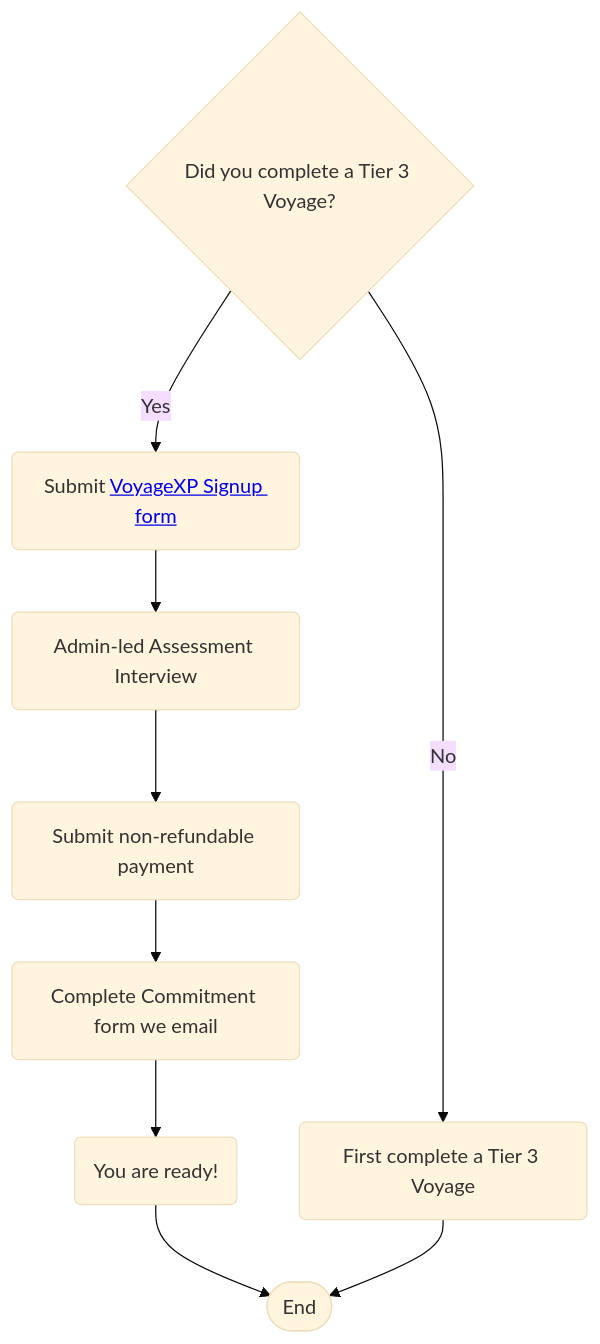
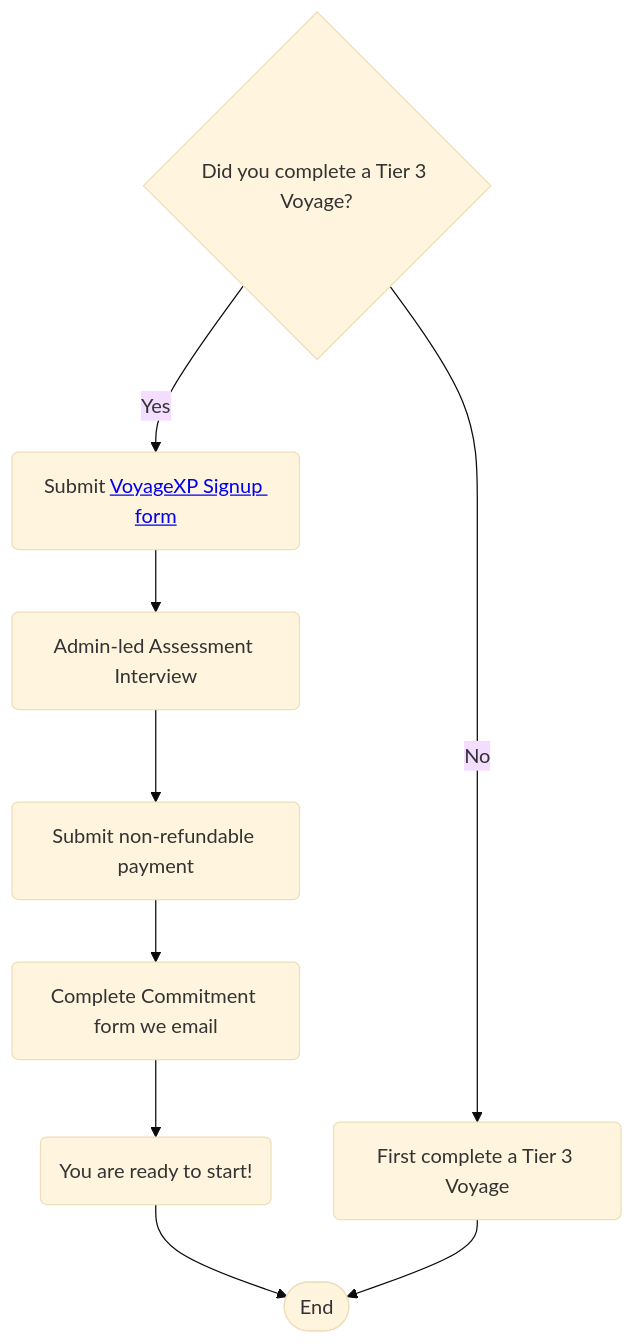
One commit to chingu-voyages/Handbook changed the diagram in docs/guides/voyagexp/voyagexp.md. Above: the diagram before and after it, drawn with Mermaid (base theme). The commit also changed other lines of this file, not shown here.

````diff
--- a/docs/guides/voyagexp/voyagexp.md
+++ b/docs/guides/voyagexp/voyagexp.md
@@ -76,13 +76,13 @@
 ```mermaid
 flowchart TB
   A{Did you complete a Tier 3 Voyage?};
   A -- Yes --> B(Submit <a href='https://forms.gle/dFaNuYWAjARd99qo8' target='_blank'>VoyageXP Signup form</a>);
   A -- No --> C(First complete a Tier 3 Voyage);
   B --> D(Admin-led Assessment Interview);
   D --> E(Submit non-refundable payment);
   E --> F(Complete Commitment form we email);
-  F --> G(You are ready!);
+  F --> G(You are ready to start!);
    
   G --> Z([End]);
   C --> Z([End]);
 ```
````
